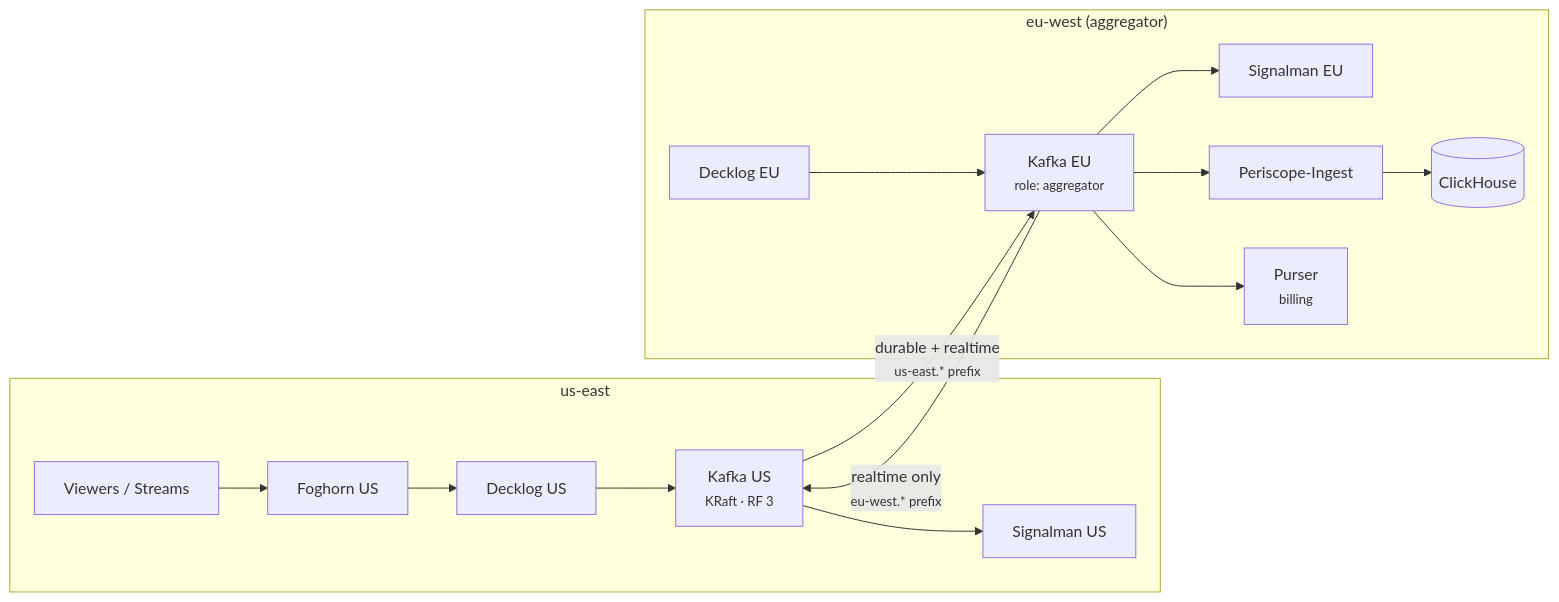
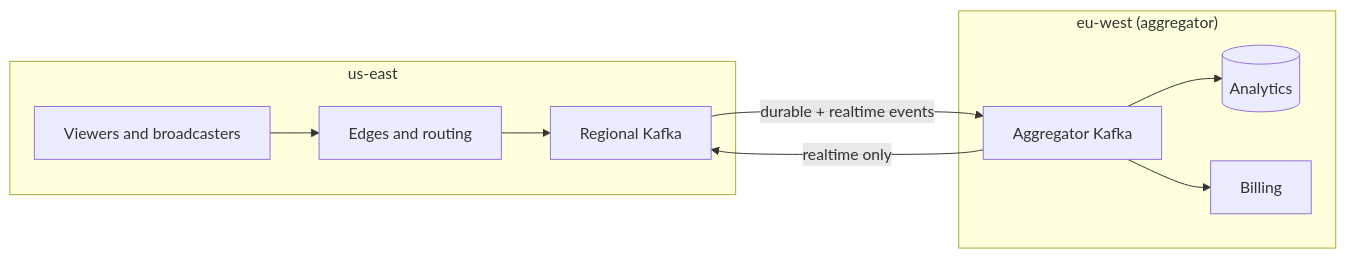
Before and after one commit to Livepeer-FrameWorks/monorepo: the diagram in website_docs/src/content/docs/blog/going-multi-region.mdx, drawn with Mermaid. The commit also changed other lines of this file and 16 other files, not shown here.

````diff
--- a/website_docs/src/content/docs/blog/going-multi-region.mdx
+++ b/website_docs/src/content/docs/blog/going-multi-region.mdx
@@ -40,18 +30,13 @@
 ```mermaid
 graph LR
     subgraph "us-east"
-        USV["Viewers / Streams"] --> USF["Foghorn US"]
-        USF --> USD["Decklog US"]
-        USD --> USK["Kafka US<br/><small>KRaft · RF 3</small>"]
-        USK --> USS["Signalman US"]
+        USV["Viewers and broadcasters"] --> USE["Edges and routing"]
+        USE --> USK["Regional Kafka"]
     end
     subgraph "eu-west (aggregator)"
-        EUD["Decklog EU"] --> EUK["Kafka EU<br/><small>role: aggregator</small>"]
-        EUK --> EUS["Signalman EU"]
-        EUK --> PI["Periscope-Ingest"]
-        PI --> CH[("ClickHouse")]
-        EUK --> PUR["Purser<br/><small>billing</small>"]
+        EUK["Aggregator Kafka"] --> CH[("Analytics")]
+        EUK --> BILL["Billing"]
     end
-    USK -- "durable + realtime<br/><small>us-east.* prefix</small>" --> EUK
-    EUK -- "realtime only<br/><small>eu-west.* prefix</small>" --> USK
+    USK -- "durable + realtime events" --> EUK
+    EUK -- "realtime only" --> USK
 ```
````
